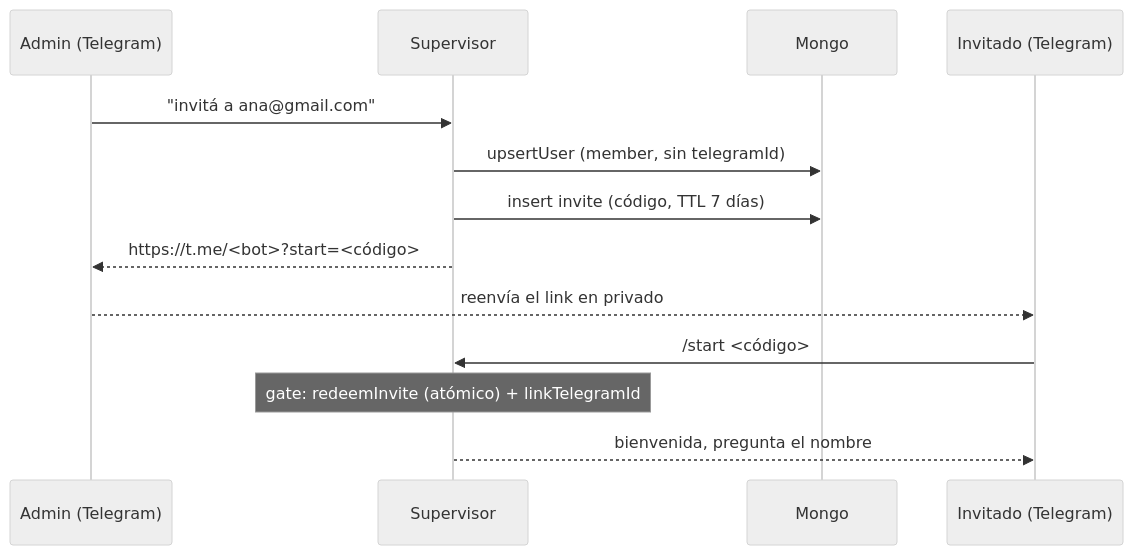
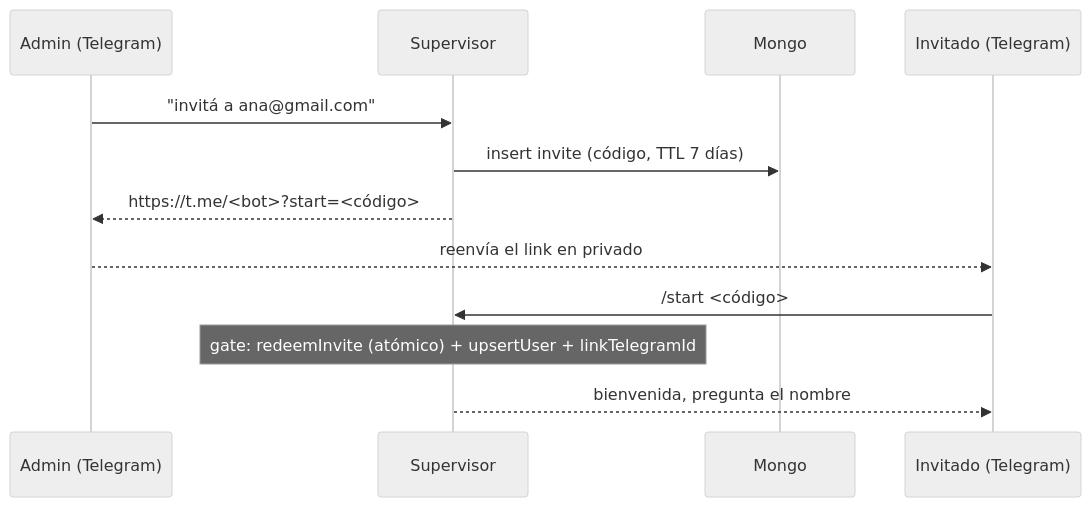
Before and after one commit to alex-bluetrain/mostro: the diagram in docs/identity.md, drawn with Mermaid (neutral theme). The commit also changed other lines of this file and 2 other files, not shown here.

Commit message:
feat: stop provisioning users at invite creation

````diff
--- a/docs/identity.md
+++ b/docs/identity.md
@@ -44,15 +44,14 @@
 ```mermaid
 sequenceDiagram
     participant A as Admin (Telegram)
     participant S as Supervisor
     participant M as Mongo
     participant I as Invitado (Telegram)
     A->>S: "invitá a ana@gmail.com"
-    S->>M: upsertUser (member, sin telegramId)
     S->>M: insert invite (código, TTL 7 días)
     S-->>A: https://t.me/<bot>?start=<código>
     A-->>I: reenvía el link en privado
     I->>S: /start <código>
-    Note over S: gate: redeemInvite (atómico) + linkTelegramId
+    Note over S: gate: redeemInvite (atómico) + upsertUser + linkTelegramId
     S-->>I: bienvenida, pregunta el nombre
 ```
````
